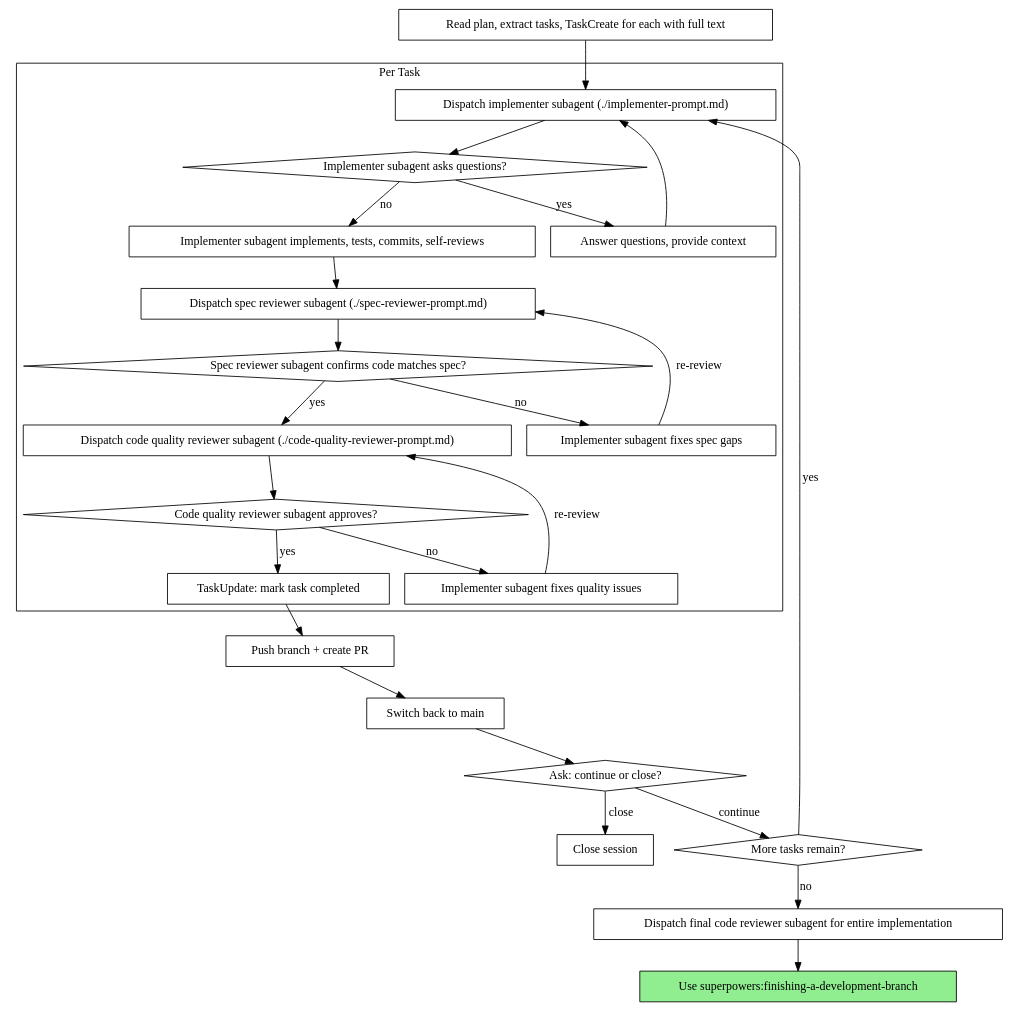
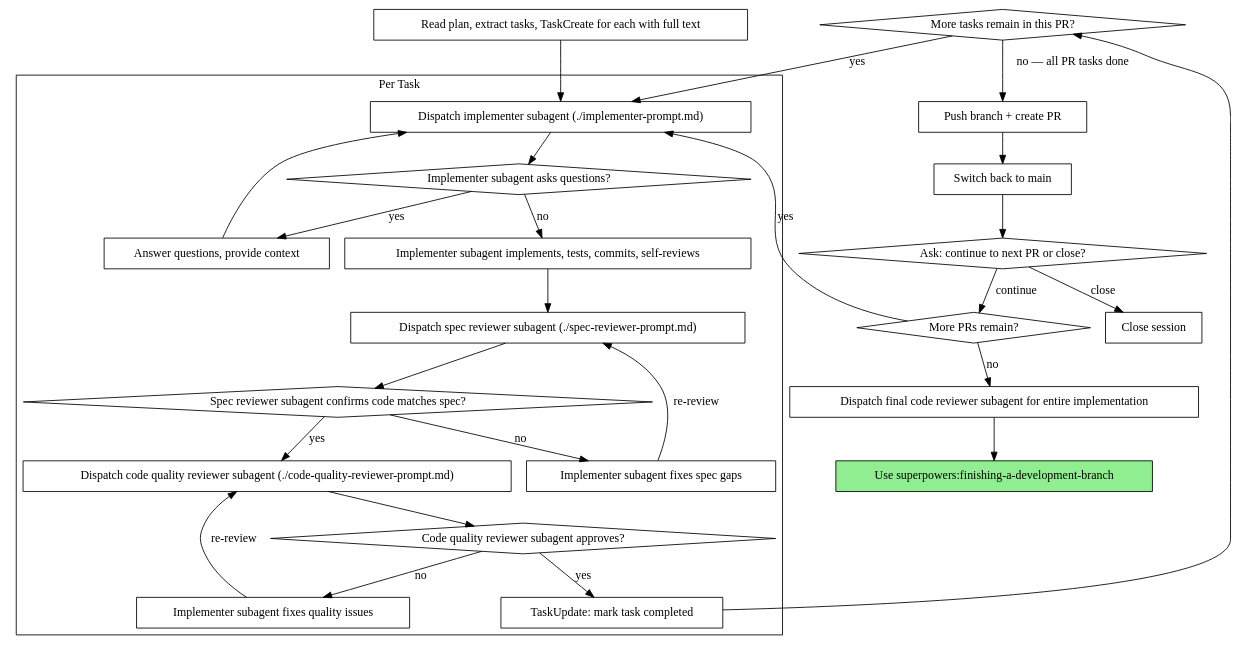
The second of 2 diagrams in plugins/superpowers/skills/subagent-driven-development/SKILL.md (oskar-dragon/claude-code), drawn with Graphviz before and after one commit. The commit also changed other lines of this file, not shown here.

Commit message:
feat(subagent-driven): PR-level grouping — PR opens after all tasks in PR complete

````diff
--- a/plugins/superpowers/skills/subagent-driven-development/SKILL.md
+++ b/plugins/superpowers/skills/subagent-driven-development/SKILL.md
@@ -41,52 +41,55 @@
 ```dot
 digraph process {
     rankdir=TB;
 
     subgraph cluster_per_task {
         label="Per Task";
         "Dispatch implementer subagent (./implementer-prompt.md)" [shape=box];
         "Implementer subagent asks questions?" [shape=diamond];
         "Answer questions, provide context" [shape=box];
         "Implementer subagent implements, tests, commits, self-reviews" [shape=box];
         "Dispatch spec reviewer subagent (./spec-reviewer-prompt.md)" [shape=box];
         "Spec reviewer subagent confirms code matches spec?" [shape=diamond];
         "Implementer subagent fixes spec gaps" [shape=box];
         "Dispatch code quality reviewer subagent (./code-quality-reviewer-prompt.md)" [shape=box];
         "Code quality reviewer subagent approves?" [shape=diamond];
         "Implementer subagent fixes quality issues" [shape=box];
         "TaskUpdate: mark task completed" [shape=box];
     }
 
     "Read plan, extract tasks, TaskCreate for each with full text" [shape=box];
+    "More tasks remain in this PR?" [shape=diamond];
     "Push branch + create PR" [shape=box];
     "Switch back to main" [shape=box];
-    "Ask: continue or close?" [shape=diamond];
+    "Ask: continue to next PR or close?" [shape=diamond];
     "Close session" [shape=box];
-    "More tasks remain?" [shape=diamond];
+    "More PRs remain?" [shape=diamond];
     "Dispatch final code reviewer subagent for entire implementation" [shape=box];
     "Use superpowers:finishing-a-development-branch" [shape=box style=filled fillcolor=lightgreen];
 
     "Read plan, extract tasks, TaskCreate for each with full text" -> "Dispatch implementer subagent (./implementer-prompt.md)";
     "Dispatch implementer subagent (./implementer-prompt.md)" -> "Implementer subagent asks questions?";
     "Implementer subagent asks questions?" -> "Answer questions, provide context" [label="yes"];
     "Answer questions, provide context" -> "Dispatch implementer subagent (./implementer-prompt.md)";
     "Implementer subagent asks questions?" -> "Implementer subagent implements, tests, commits, self-reviews" [label="no"];
     "Implementer subagent implements, tests, commits, self-reviews" -> "Dispatch spec reviewer subagent (./spec-reviewer-prompt.md)";
     "Dispatch spec reviewer subagent (./spec-reviewer-prompt.md)" -> "Spec reviewer subagent confirms code matches spec?";
     "Spec reviewer subagent confirms code matches spec?" -> "Implementer subagent fixes spec gaps" [label="no"];
     "Implementer subagent fixes spec gaps" -> "Dispatch spec reviewer subagent (./spec-reviewer-prompt.md)" [label="re-review"];
     "Spec reviewer subagent confirms code matches spec?" -> "Dispatch code quality reviewer subagent (./code-quality-reviewer-prompt.md)" [label="yes"];
     "Dispatch code quality reviewer subagent (./code-quality-reviewer-prompt.md)" -> "Code quality reviewer subagent approves?";
     "Code quality reviewer subagent approves?" -> "Implementer subagent fixes quality issues" [label="no"];
     "Implementer subagent fixes quality issues" -> "Dispatch code quality reviewer subagent (./code-quality-reviewer-prompt.md)" [label="re-review"];
     "Code quality reviewer subagent approves?" -> "TaskUpdate: mark task completed" [label="yes"];
-    "TaskUpdate: mark task completed" -> "Push branch + create PR";
+    "TaskUpdate: mark task completed" -> "More tasks remain in this PR?";
+    "More tasks remain in this PR?" -> "Dispatch implementer subagent (./implementer-prompt.md)" [label="yes"];
+    "More tasks remain in this PR?" -> "Push branch + create PR" [label="no — all PR tasks done"];
     "Push branch + create PR" -> "Switch back to main";
-    "Switch back to main" -> "Ask: continue or close?";
-    "Ask: continue or close?" -> "More tasks remain?" [label="continue"];
-    "Ask: continue or close?" -> "Close session" [label="close"];
-    "More tasks remain?" -> "Dispatch implementer subagent (./implementer-prompt.md)" [label="yes"];
-    "More tasks remain?" -> "Dispatch final code reviewer subagent for entire implementation" [label="no"];
+    "Switch back to main" -> "Ask: continue to next PR or close?";
+    "Ask: continue to next PR or close?" -> "More PRs remain?" [label="continue"];
+    "Ask: continue to next PR or close?" -> "Close session" [label="close"];
+    "More PRs remain?" -> "Dispatch implementer subagent (./implementer-prompt.md)" [label="yes"];
+    "More PRs remain?" -> "Dispatch final code reviewer subagent for entire implementation" [label="no"];
     "Dispatch final code reviewer subagent for entire implementation" -> "Use superpowers:finishing-a-development-branch";
 }
 ```
````
